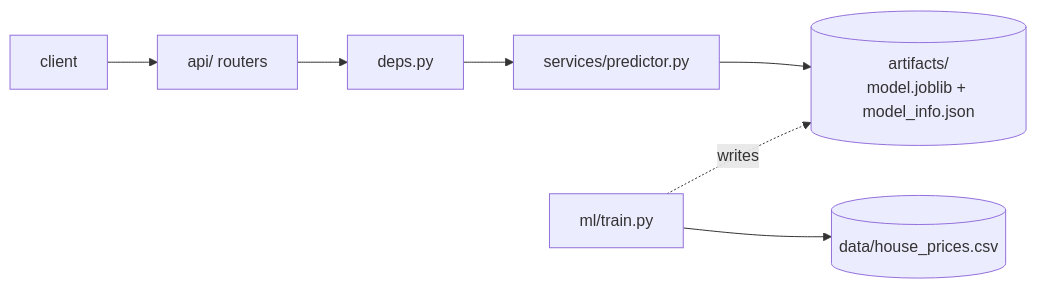
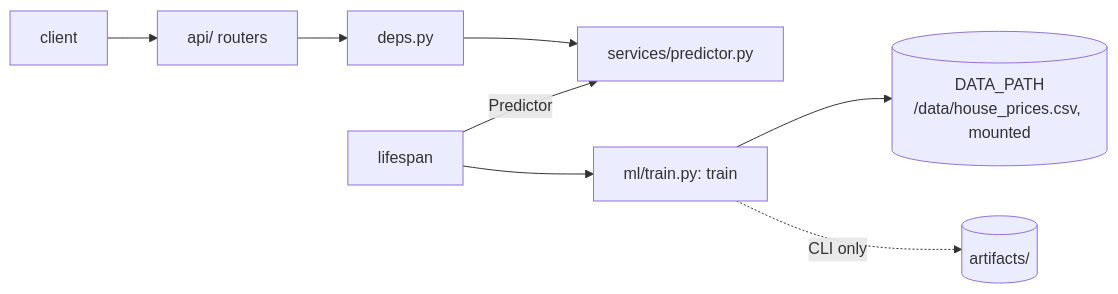
Before and after one commit to Ekhrapykin/housing-prediction-portal: the first of 2 diagrams in ml-api/ARCHITECTURE.md, drawn with Mermaid. The commit also changed other lines of this file and 35 other files, not shown here.

First line of the commit message:
Move storage to Postgres with schema-per-service and share one dataset

````diff
--- a/ml-api/ARCHITECTURE.md
+++ b/ml-api/ARCHITECTURE.md
@@ -5,9 +5,10 @@
 ```mermaid
 flowchart LR
   C[client] --> R[api/ routers]
   R --> D[deps.py]
   D --> S[services/predictor.py]
-  S --> A[(artifacts/<br/>model.joblib + model_info.json)]
-  T[ml/train.py] -.writes.-> A
-  T --> CSV[(data/house_prices.csv)]
+  L[lifespan] --> T[ml/train.py: train]
+  T --> CSV[(DATA_PATH<br/>/data/house_prices.csv, mounted)]
+  L -->|Predictor| S
+  T -.CLI only.-> A[(artifacts/)]
 ```
````
